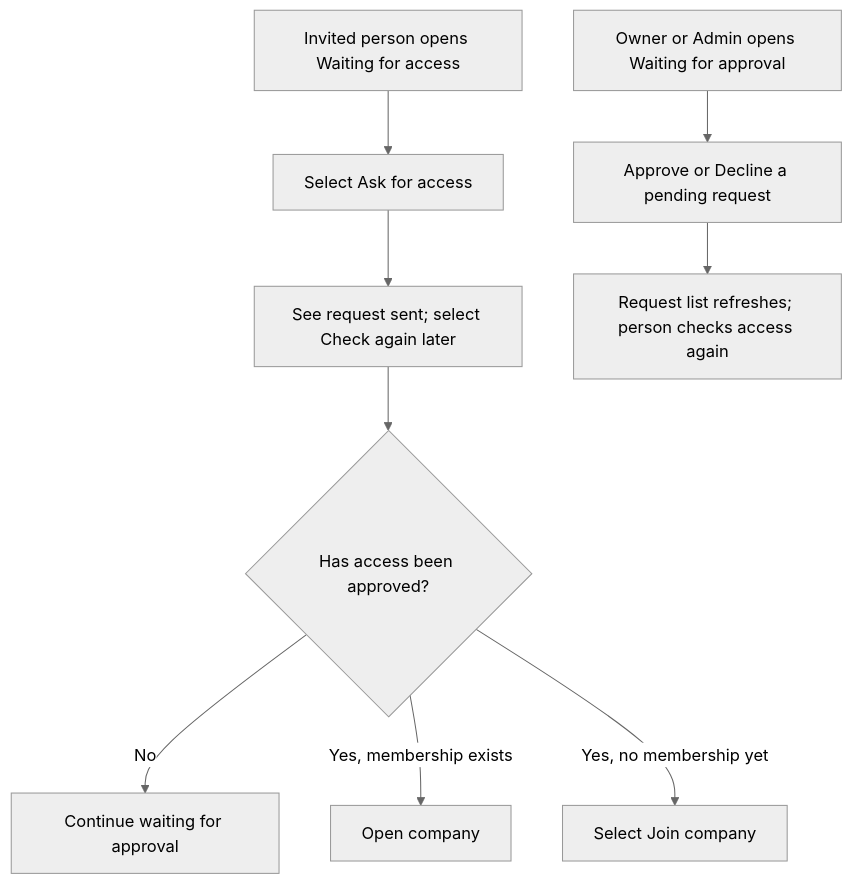
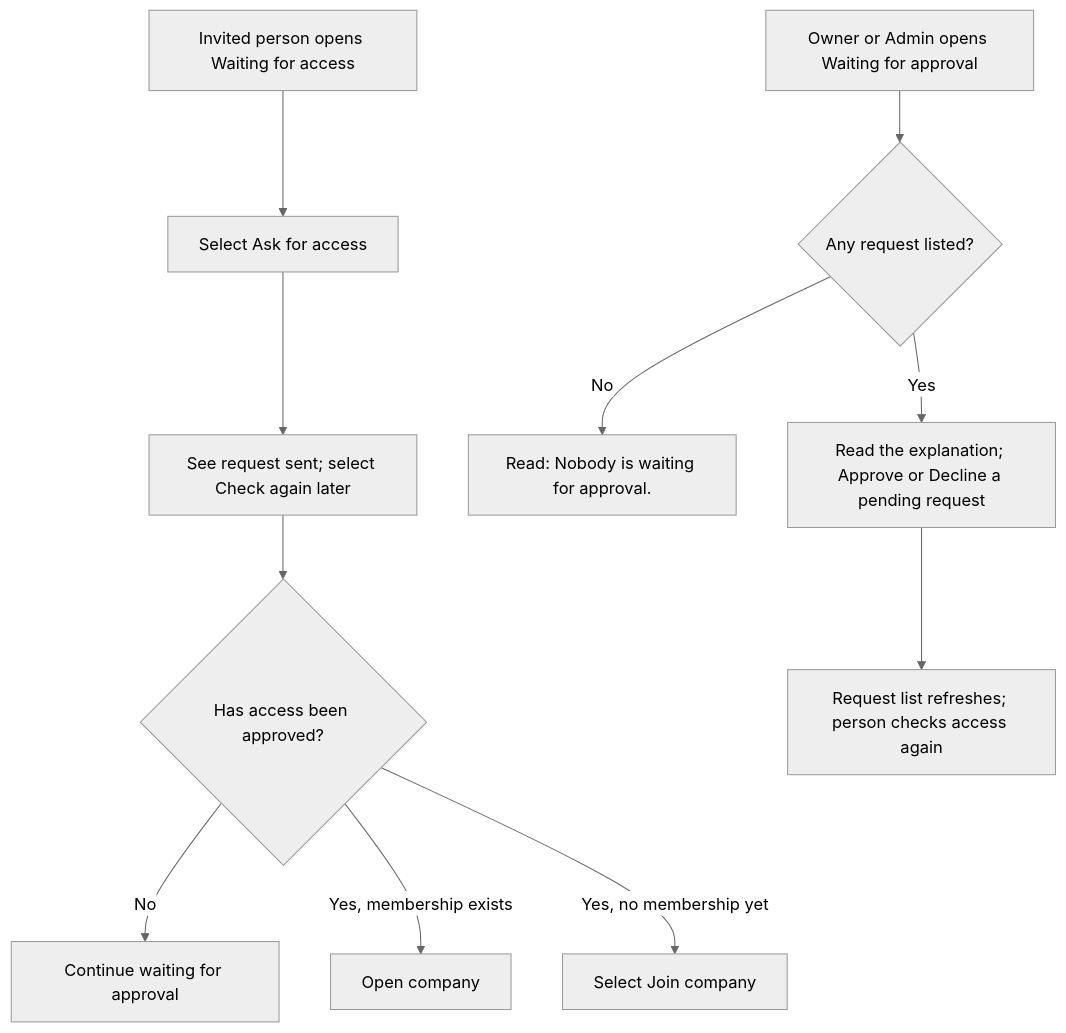
The first of 2 diagrams in user-stories/team/US-TEAM-05-request-admission.md (Kevinjohn/capacitylens), drawn with Mermaid (neutral theme) before and after one commit. The commit also changed other lines of this file and 35 other files, not shown here.

````diff
--- a/user-stories/team/US-TEAM-05-request-admission.md
+++ b/user-stories/team/US-TEAM-05-request-admission.md
@@ -20,11 +21,13 @@
 ```mermaid
 flowchart TD
     Person["Invited person opens Waiting for access"] --> Ask["Select Ask for access"]
     Ask --> Pending["See request sent; select Check again later"]
     Pending --> Decision{"Has access been approved?"}
     Decision -->|"No"| Wait["Continue waiting for approval"]
     Decision -->|"Yes, membership exists"| Access["Open company"]
     Decision -->|"Yes, no membership yet"| Join["Select Join company"]
-    Manager["Owner or Admin opens Waiting for approval"] --> Decide["Approve or Decline a pending request"]
+    Manager["Owner or Admin opens Waiting for approval"] --> Listed{"Any request listed?"}
+    Listed -->|"No"| Empty["Read: Nobody is waiting for approval."]
+    Listed -->|"Yes"| Decide["Read the explanation; Approve or Decline a pending request"]
     Decide --> Refresh["Request list refreshes; person checks access again"]
 ```
````
